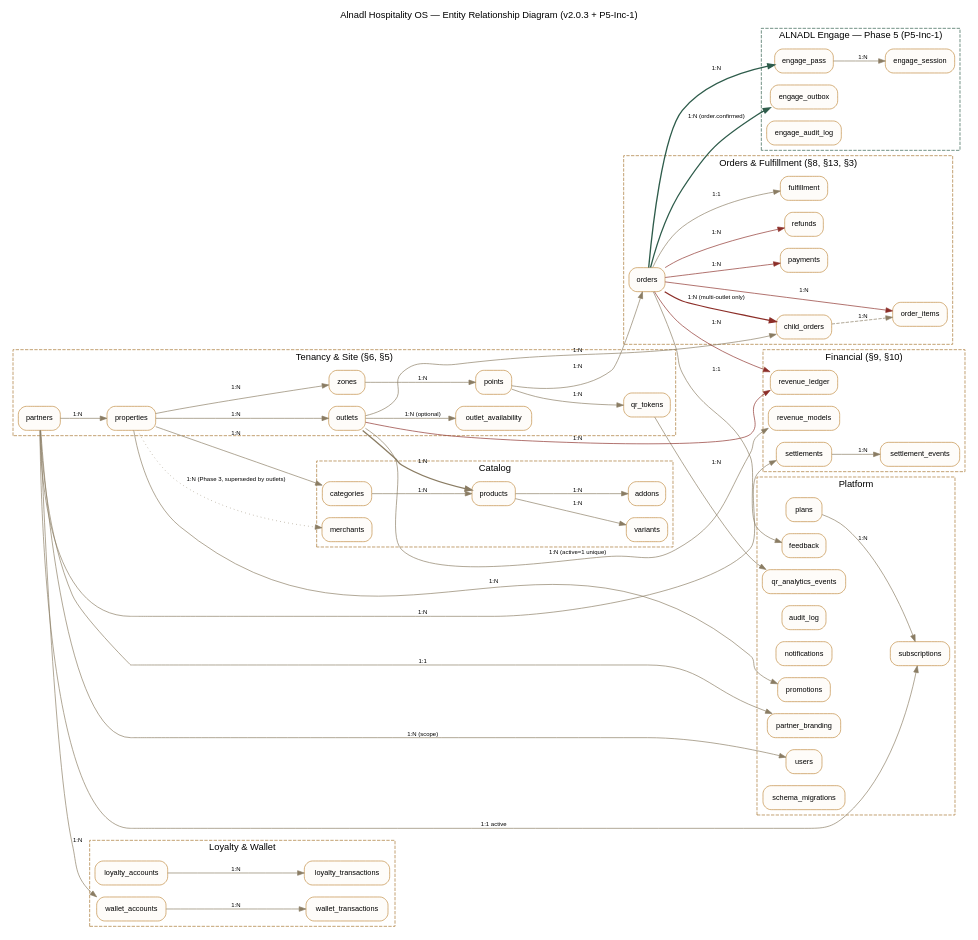
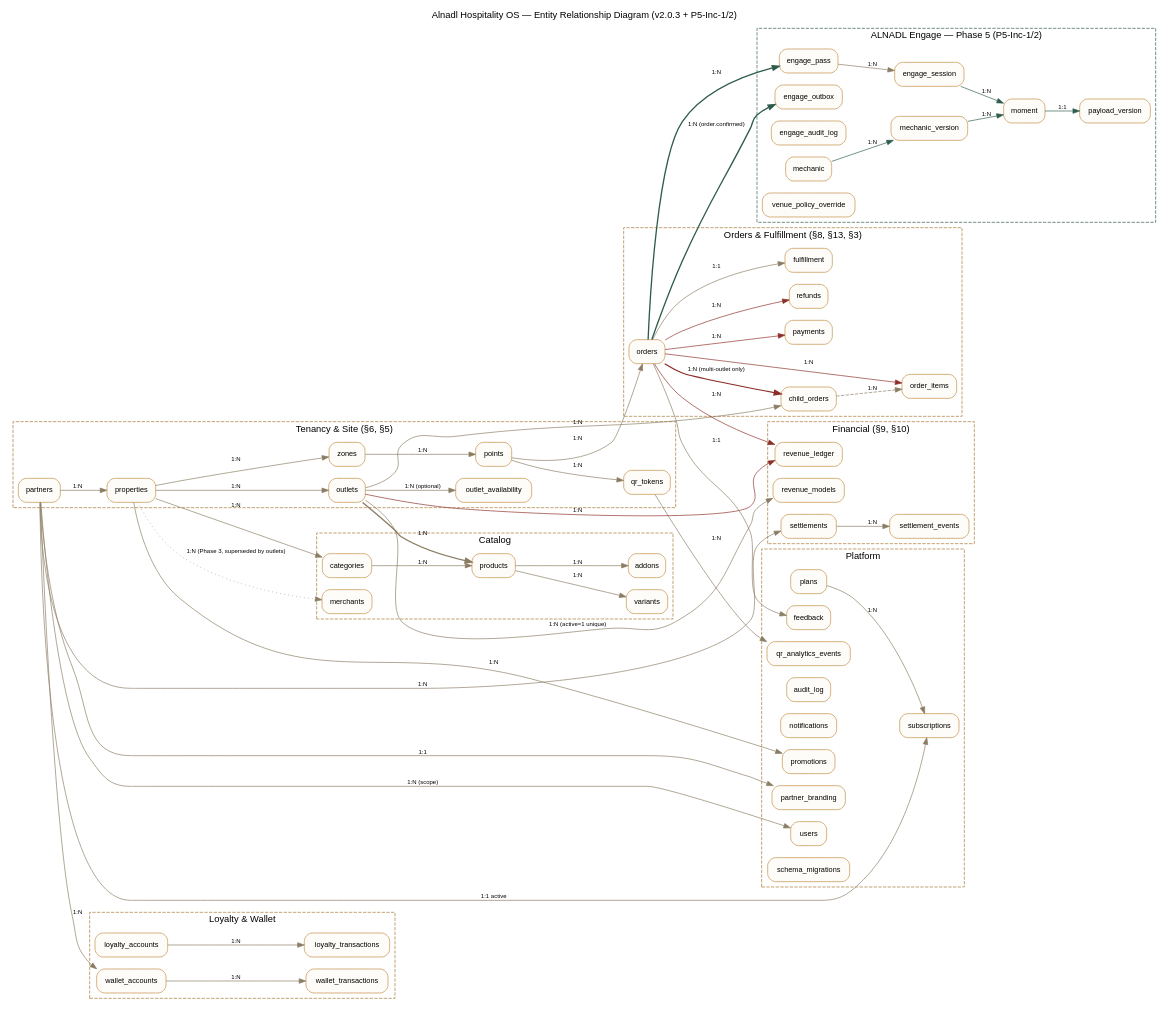
The diagram in docs/erd.dot (owaidh/alnadl-os), drawn with Graphviz before and after one commit. The commit also changed 12 other files, not shown here.

```diff
--- a/docs/erd.dot
+++ b/docs/erd.dot
@@ -1,85 +1,91 @@
 // docs/erd.dot — Entity Relationship Diagram (Q15).
 // Generated by hand from db.js's actual CREATE TABLE statements, grouped
 // into logical clusters for readability. Regenerate the PNG with:
 //   dot -Tpng docs/erd.dot -o docs/erd.png
 digraph ERD {
   rankdir=LR;
   node [shape=box, style="rounded,filled", fillcolor="#FEFCF9", color="#C08A3E", fontname="Helvetica", fontsize=11];
   edge [fontname="Helvetica", fontsize=9, color="#8A7C63"];
-  graph [fontname="Helvetica", fontsize=14, labelloc=t, label="Alnadl Hospitality OS — Entity Relationship Diagram (v2.0.3 + P5-Inc-1)"];
+  graph [fontname="Helvetica", fontsize=14, labelloc=t, label="Alnadl Hospitality OS — Entity Relationship Diagram (v2.0.3 + P5-Inc-1/2)"];
 
   subgraph cluster_tenancy {
     label="Tenancy & Site (§6, §5)"; style=dashed; color="#A6752F";
     partners; properties; zones; points; qr_tokens; outlets; outlet_availability;
   }
   subgraph cluster_catalog {
     label="Catalog"; style=dashed; color="#A6752F";
     categories; products; variants; addons; merchants;
   }
   subgraph cluster_orders {
     label="Orders & Fulfillment (§8, §13, §3)"; style=dashed; color="#A6752F";
     orders; order_items; child_orders; payments; refunds; fulfillment;
   }
   subgraph cluster_financial {
     label="Financial (§9, §10)"; style=dashed; color="#A6752F";
     revenue_models; revenue_ledger; settlements; settlement_events;
   }
   subgraph cluster_loyalty {
     label="Loyalty & Wallet"; style=dashed; color="#A6752F";
     loyalty_accounts; loyalty_transactions; wallet_accounts; wallet_transactions;
   }
   subgraph cluster_engage {
-    label="ALNADL Engage — Phase 5 (P5-Inc-1)"; style=dashed; color="#2E5C4B";
+    label="ALNADL Engage — Phase 5 (P5-Inc-1/2)"; style=dashed; color="#2E5C4B";
     engage_pass; engage_session; engage_outbox; engage_audit_log;
+    mechanic; mechanic_version; moment; payload_version; venue_policy_override;
   }
 
   subgraph cluster_platform {
     label="Platform"; style=dashed; color="#A6752F";
     plans; subscriptions; partner_branding; users; audit_log; notifications;
     promotions; feedback; qr_analytics_events; schema_migrations;
   }
+
+  engage_session -> moment [label="1:N", color="#2E5C4B"];
+  moment -> payload_version [label="1:1", color="#2E5C4B"];
+  mechanic -> mechanic_version [label="1:N", color="#2E5C4B"];
+  mechanic_version -> moment [label="1:N", color="#2E5C4B"];
 
   orders -> engage_outbox [label="1:N (order.confirmed)", color="#2E5C4B", style=bold];
   orders -> engage_pass [label="1:N", color="#2E5C4B", style=bold];
   engage_pass -> engage_session [label="1:N"];
 
   partners -> properties [label="1:N"];
   properties -> zones [label="1:N"];
   zones -> points [label="1:N"];
   points -> qr_tokens [label="1:N"];
   properties -> outlets [label="1:N"];
   outlets -> outlet_availability [label="1:N (optional)"];
   properties -> categories [label="1:N"];
   categories -> products [label="1:N"];
   outlets -> products [label="1:N", style=bold];
   products -> variants [label="1:N"];
   products -> addons [label="1:N"];
   properties -> merchants [label="1:N (Phase 3, superseded by outlets)", style=dotted];
 
   points -> orders [label="1:N"];
   orders -> order_items [label="1:N", color="#8C2E28"];
   orders -> child_orders [label="1:N (multi-outlet only)", style=bold, color="#8C2E28"];
   child_orders -> order_items [label="1:N", style=dashed];
   outlets -> child_orders [label="1:N"];
   orders -> payments [label="1:N", color="#8C2E28"];
   orders -> refunds [label="1:N", color="#8C2E28"];
   orders -> fulfillment [label="1:1"];
 
   outlets -> revenue_models [label="1:N (active=1 unique)"];
   orders -> revenue_ledger [label="1:N", color="#8C2E28"];
   outlets -> revenue_ledger [label="1:N", color="#8C2E28"];
   partners -> settlements [label="1:N"];
   settlements -> settlement_events [label="1:N"];
 
   loyalty_accounts -> loyalty_transactions [label="1:N"];
   partners -> wallet_accounts [label="1:N"];
   wallet_accounts -> wallet_transactions [label="1:N"];
 
   plans -> subscriptions [label="1:N"];
   partners -> subscriptions [label="1:1 active"];
   partners -> partner_branding [label="1:1"];
   partners -> users [label="1:N (scope)"];
   qr_tokens -> qr_analytics_events [label="1:N"];
   properties -> promotions [label="1:N"];
   orders -> feedback [label="1:1"];
 }
```
